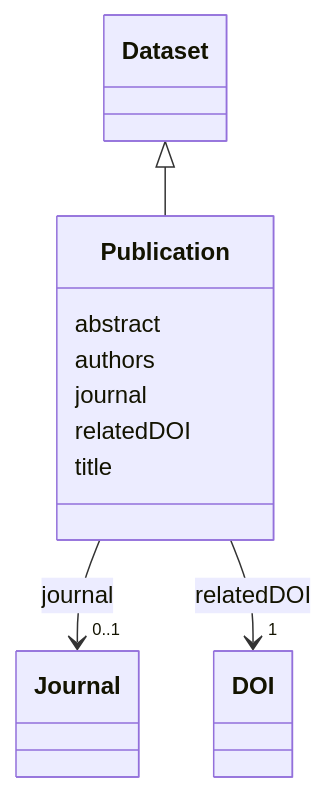
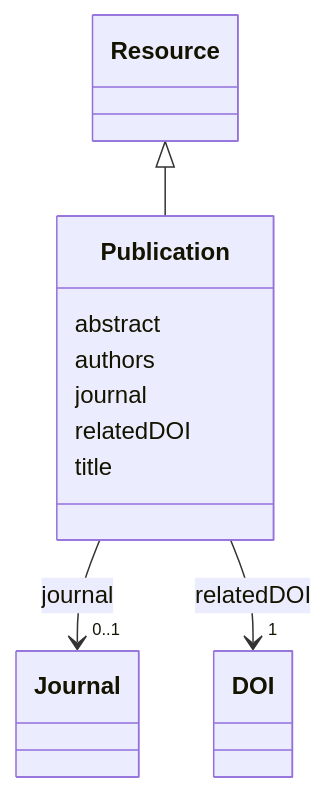
The diagram in models/docs/Publication.md (EVORA-project/evora-ontology), drawn with Mermaid before and after one commit. The commit also changed other lines of this file and 208 other files, not shown here.

````diff
--- a/models/docs/Publication.md
+++ b/models/docs/Publication.md
@@ -19,33 +19,33 @@
 ```mermaid
  classDiagram
     class Publication
     click Publication href "../Publication"
-      Dataset <|-- Publication
-        click Dataset href "../Dataset"
+      Resource <|-- Publication
+        click Resource href "../Resource"
       
       Publication : abstract
         
       Publication : authors
         
       Publication : journal
         
           
     
     
     Publication --> "0..1" Journal : journal
     click Journal href "../Journal"
 
         
       Publication : relatedDOI
         
           
     
     
     Publication --> "1" DOI : relatedDOI
     click DOI href "../DOI"
 
         
       Publication : title
         
       
 ```
````
